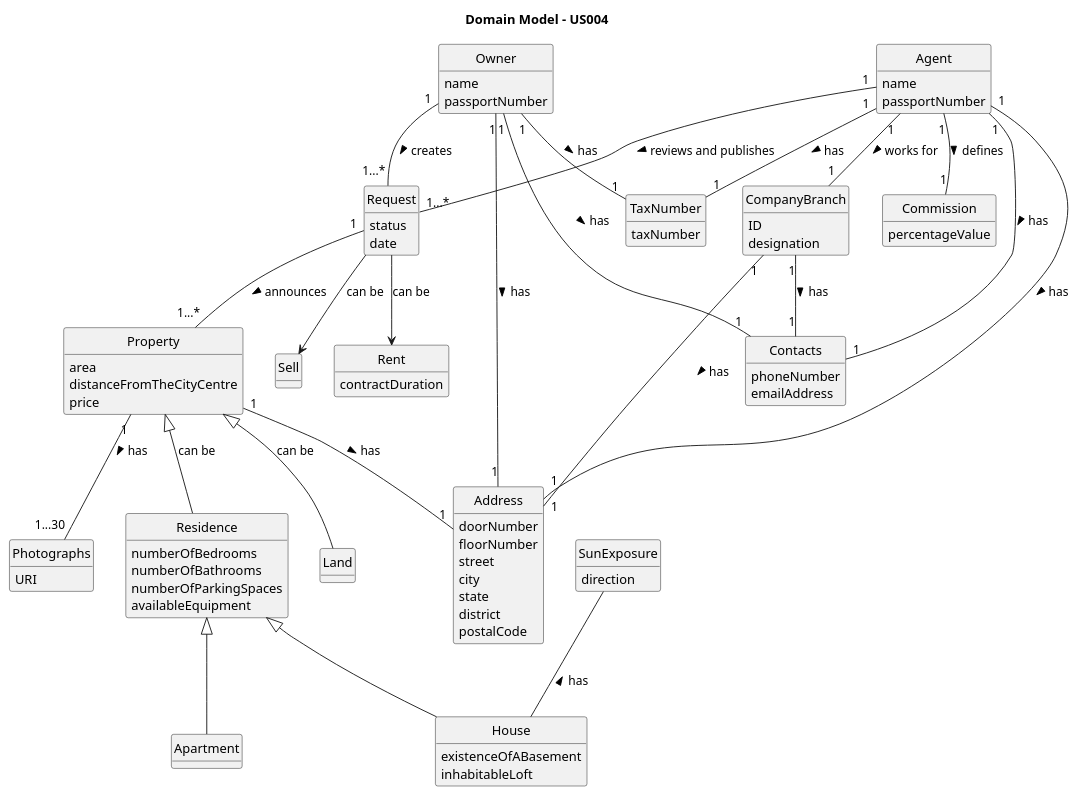
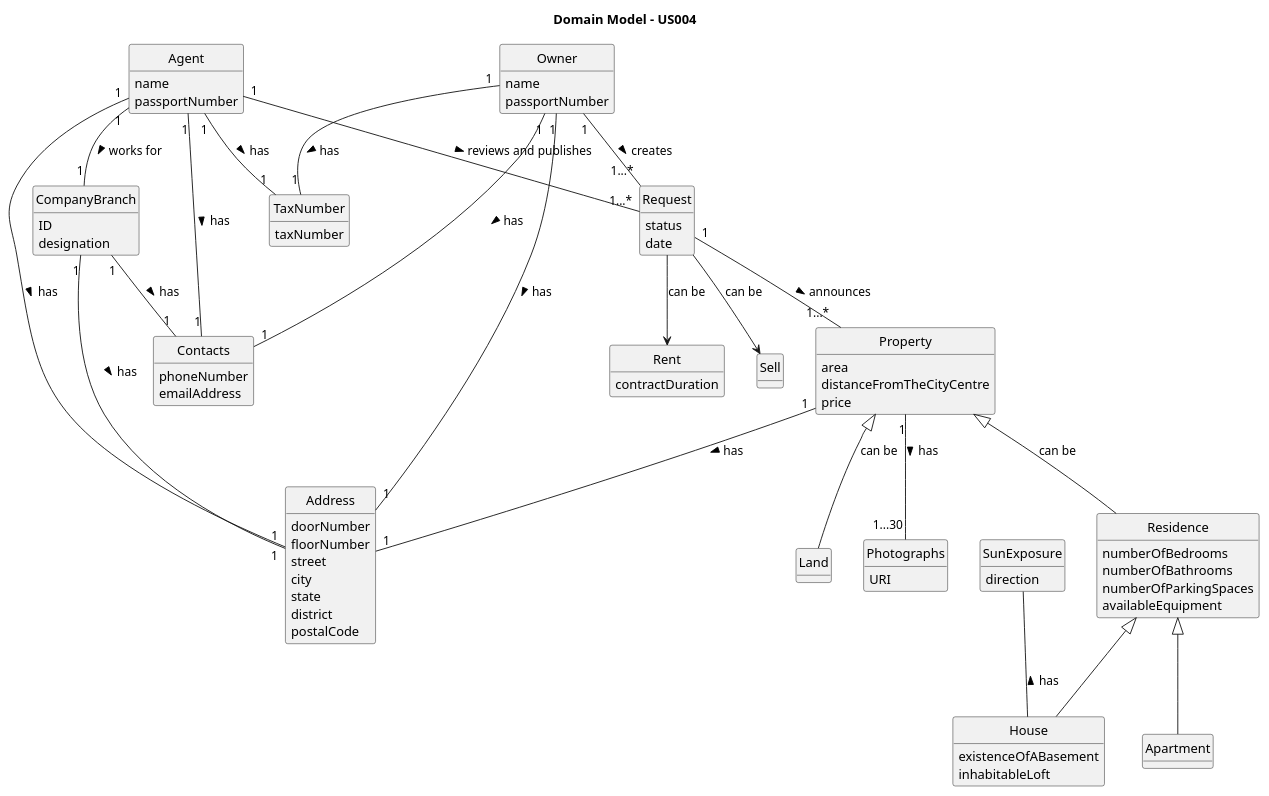
One commit to 1220812/LAPR2 changed the diagram in docs/sprintB/us004/02.analysis/puml/us004-domain-model.puml. Above: the diagram before and after it, drawn with PlantUML.

Commit message:
Litle fixes in the US 004 domain model

```diff
--- a/docs/sprintB/us004/02.analysis/puml/us004-domain-model.puml
+++ b/docs/sprintB/us004/02.analysis/puml/us004-domain-model.puml
@@ -1,125 +1,120 @@
 @startuml
 skinparam monochrome true
 skinparam packageStyle rectangle
 skinparam shadowing false
 
 'left to right direction
 
 skinparam classAttributeIconSize 0
 
 hide circle
 hide methods
 
 title Domain Model - US004
 
 class Owner{
 name
 passportNumber
 }
 
 class Agent{
 name
 passportNumber
 }
 
 class CompanyBranch{
 ID
 designation
 }
 
 class Contacts{
 phoneNumber
 emailAddress
 }
 
 class Address{
 doorNumber
 floorNumber
 street
 city
 state
 district
 postalCode
 }
 
 class Request{
 status
 date
 }
 
 class Property{
 area
 distanceFromTheCityCentre
 price
 }
 
 class Residence{
 numberOfBedrooms
 numberOfBathrooms
 numberOfParkingSpaces
 availableEquipment
 }
 
 class House{
 existenceOfABasement
 inhabitableLoft
 }
 
 class Land{
 }
 
 class Sell{
 }
 
 class Rent{
 contractDuration
 }
 
-class Commission{
-percentageValue
-}
-
 class Photographs{
 URI
 }
 
 class TaxNumber{
 taxNumber
 }
 
 class Apartment{
 }
 class SunExposure{
 direction
 }
 
 Owner "1" -- "1" Address : has >
 Owner "1" -- "1...*" Request : creates >
 Owner "1" -- "1" TaxNumber : has >
 Owner "1" -- "1" Contacts : has >
 
 Agent "1" -- "1" Address : has >
 Agent "1" -- "1...*" Request : reviews and publishes >
 Agent "1" -- "1" TaxNumber : has >
 Agent "1" -- "1" Contacts : has >
-Agent "1" -- "1" Commission : defines >
 Agent "1" -- "1" CompanyBranch : works for >
 
 Property "1" -- "1" Address : has >
 Property "1" -- "1...30" Photographs : has >
 Property <|-- Residence : can be
 Property <|-- Land : can be
 
 CompanyBranch "1" -- "1" Address : has >
 CompanyBranch "1" -- "1" Contacts : has >
 
 Residence <|-- House
 Residence <|-- Apartment
 
 Request --> Sell : can be
 Request --> Rent : can be
 Request "1"--"1...*" Property : announces >
 
 SunExposure -- House : has <
 
 @enduml
```
